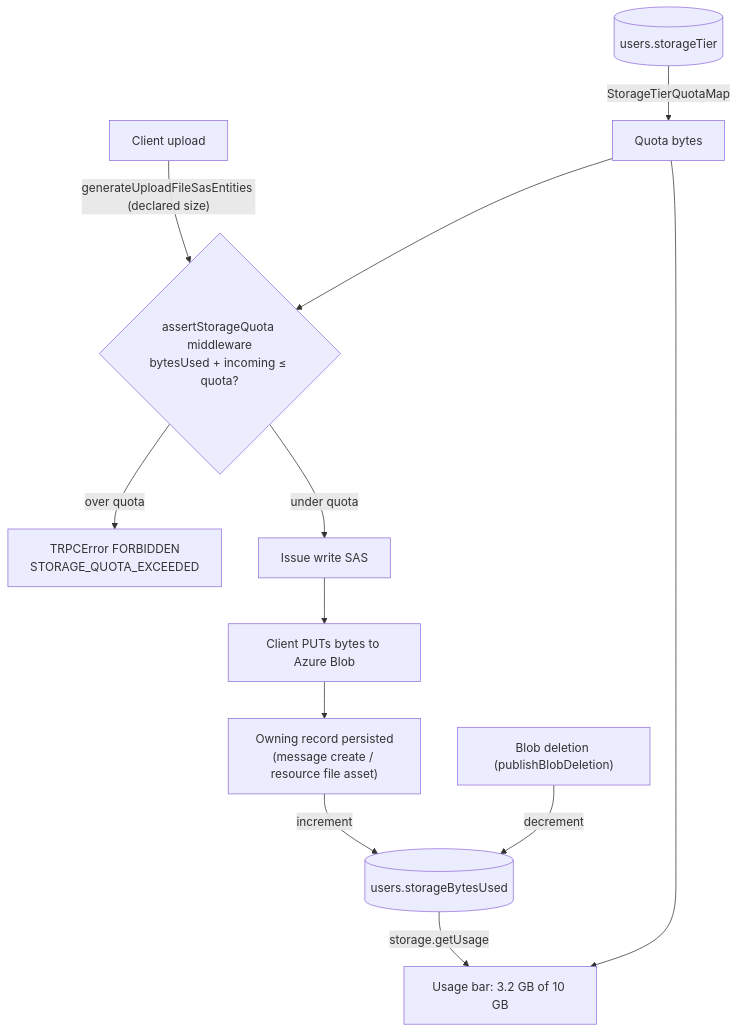
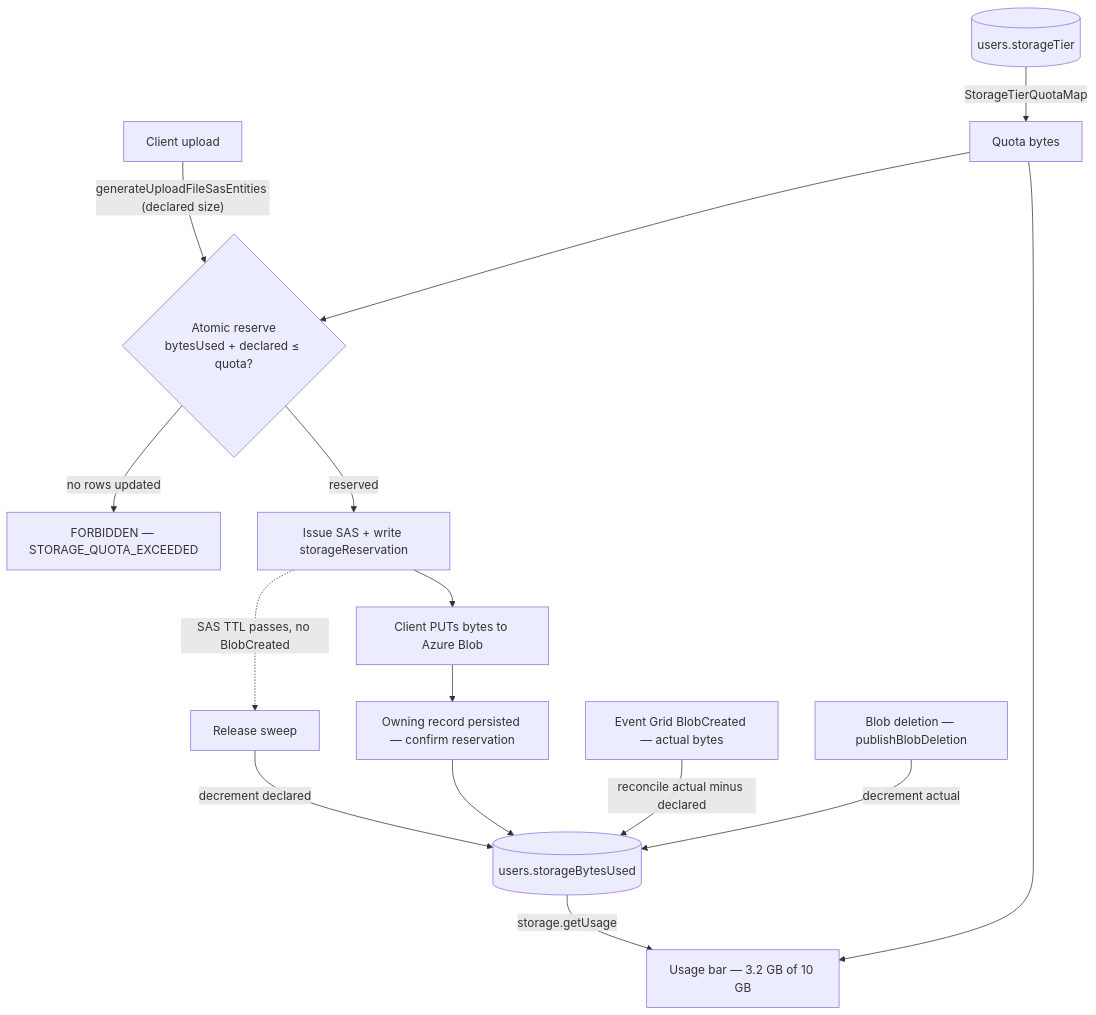
Before and after one commit to Esposter/Esposter: the diagram in packages/app/content/docs/proposals/platform/storage-quotas.md, drawn with Mermaid. The commit also changed other lines of this file, not shown here.

First line of the commit message:
docs: redesign storage-quotas around reserve-and-reconcile

````diff
--- a/packages/app/content/docs/proposals/platform/storage-quotas.md
+++ b/packages/app/content/docs/proposals/platform/storage-quotas.md
@@ -27,14 +28,17 @@
 ```mermaid
 flowchart TD
-  client[Client upload] -->|"generateUploadFileSasEntities (declared size)"| mw{"assertStorageQuota middleware<br/>bytesUsed + incoming ≤ quota?"}
-  mw -->|over quota| reject["TRPCError FORBIDDEN<br/>STORAGE_QUOTA_EXCEEDED"]
-  mw -->|under quota| sas[Issue write SAS]
+  client[Client upload] -->|"generateUploadFileSasEntities (declared size)"| reserve{"Atomic reserve<br/>bytesUsed + declared ≤ quota?"}
+  reserve -->|no rows updated| reject["FORBIDDEN — STORAGE_QUOTA_EXCEEDED"]
+  reserve -->|reserved| sas[Issue SAS + write storageReservation]
   sas --> put[Client PUTs bytes to Azure Blob]
-  put --> persist["Owning record persisted<br/>(message create / resource file asset)"]
-  persist -->|increment| counter[("users.storageBytesUsed")]
-  del["Blob deletion (publishBlobDeletion)"] -->|decrement| counter
-  counter -->|storage.getUsage| ui["Usage bar: 3.2 GB of 10 GB"]
+  put --> persist["Owning record persisted — confirm reservation"]
+  sas -.->|SAS TTL passes, no BlobCreated| sweep[Release sweep]
+  sweep -->|decrement declared| counter[("users.storageBytesUsed")]
+  persist --> counter
+  created["Event Grid BlobCreated — actual bytes"] -->|reconcile actual minus declared| counter
+  del["Blob deletion — publishBlobDeletion"] -->|decrement actual| counter
+  counter -->|storage.getUsage| ui["Usage bar — 3.2 GB of 10 GB"]
   tier[("users.storageTier")] -->|StorageTierQuotaMap| quota[Quota bytes]
-  quota --> mw
+  quota --> reserve
   quota --> ui
 ```
````
